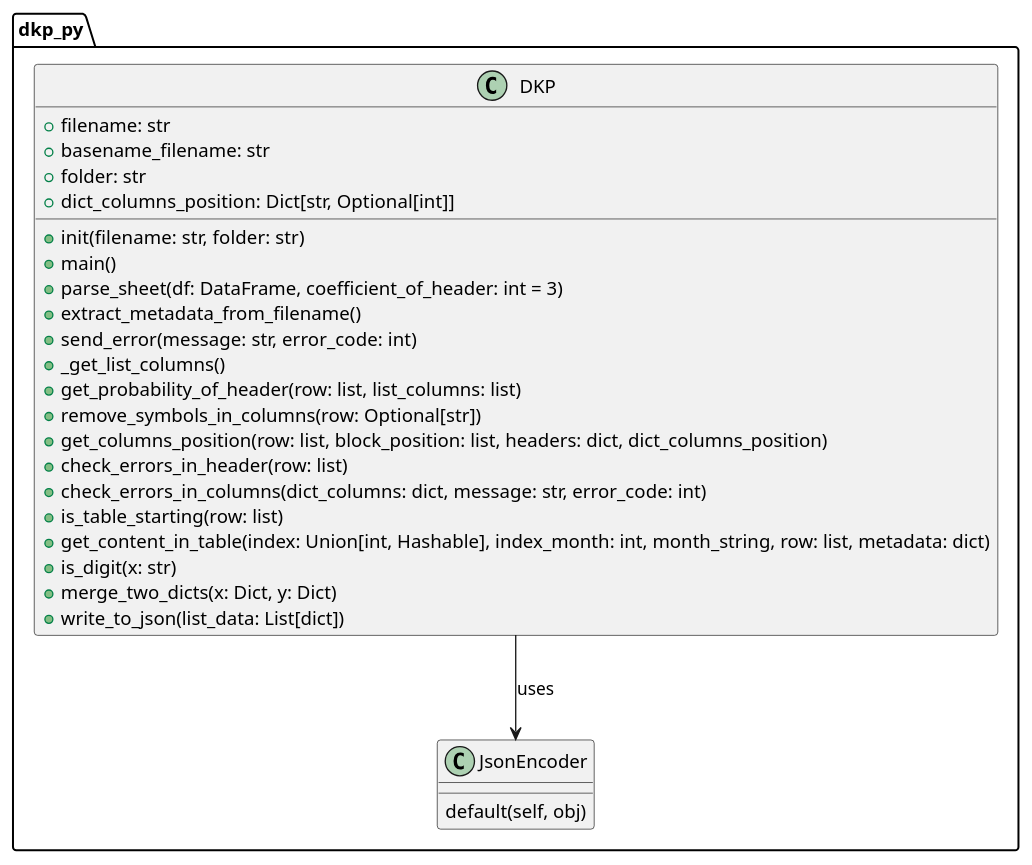
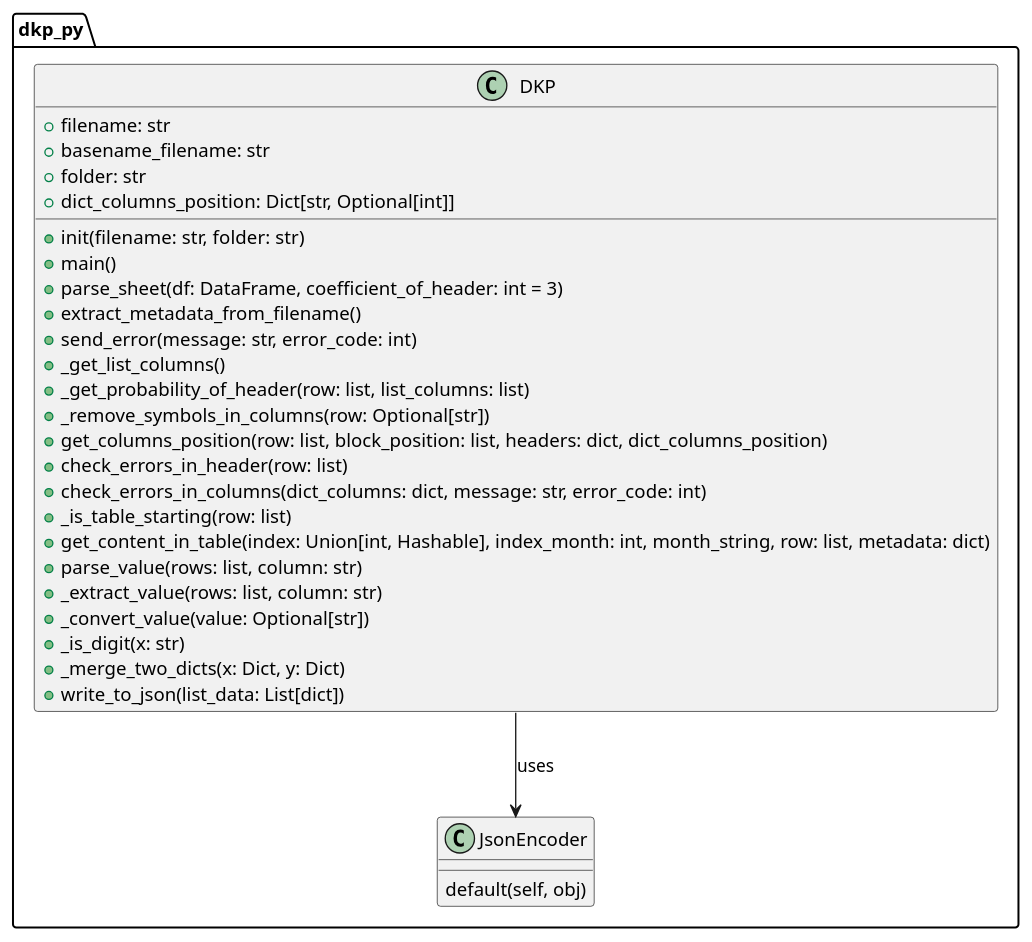
Before and after one commit to agladsoft/DataCore: the first of 2 diagrams in diagrams/dkp.puml, drawn with PlantUML. The commit also changed 4 other files, not shown here.

```diff
--- a/diagrams/dkp.puml
+++ b/diagrams/dkp.puml
@@ -1,38 +1,41 @@
 @startuml
 
 package "dkp_py" {
 
     class DKP {
         + filename: str
         + basename_filename: str
         + folder: str
         + dict_columns_position: Dict[str, Optional[int]]
 
         + init(filename: str, folder: str)
         + main()
         + parse_sheet(df: DataFrame, coefficient_of_header: int = 3)
         + extract_metadata_from_filename()
         + send_error(message: str, error_code: int)
         + _get_list_columns()
-        + get_probability_of_header(row: list, list_columns: list)
-        + remove_symbols_in_columns(row: Optional[str])
+        + _get_probability_of_header(row: list, list_columns: list)
+        + _remove_symbols_in_columns(row: Optional[str])
         + get_columns_position(row: list, block_position: list, headers: dict, dict_columns_position)
         + check_errors_in_header(row: list)
         + check_errors_in_columns(dict_columns: dict, message: str, error_code: int)
-        + is_table_starting(row: list)
+        + _is_table_starting(row: list)
         + get_content_in_table(index: Union[int, Hashable], index_month: int, month_string, row: list, metadata: dict)
-        + is_digit(x: str)
-        + merge_two_dicts(x: Dict, y: Dict)
+        + parse_value(rows: list, column: str)
+        + _extract_value(rows: list, column: str)
+        + _convert_value(value: Optional[str])
+        + _is_digit(x: str)
+        + _merge_two_dicts(x: Dict, y: Dict)
         + write_to_json(list_data: List[dict])
     }
 
 
     class JsonEncoder {
         default(self, obj)
     }
 
 }
 
 DKP --> JsonEncoder : uses
 
 @enduml
```
